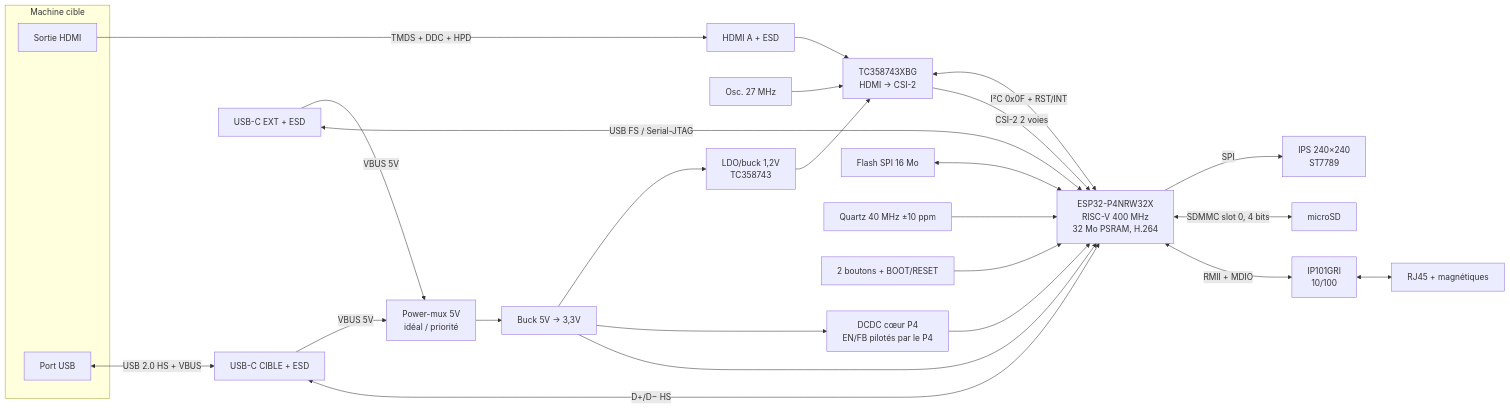
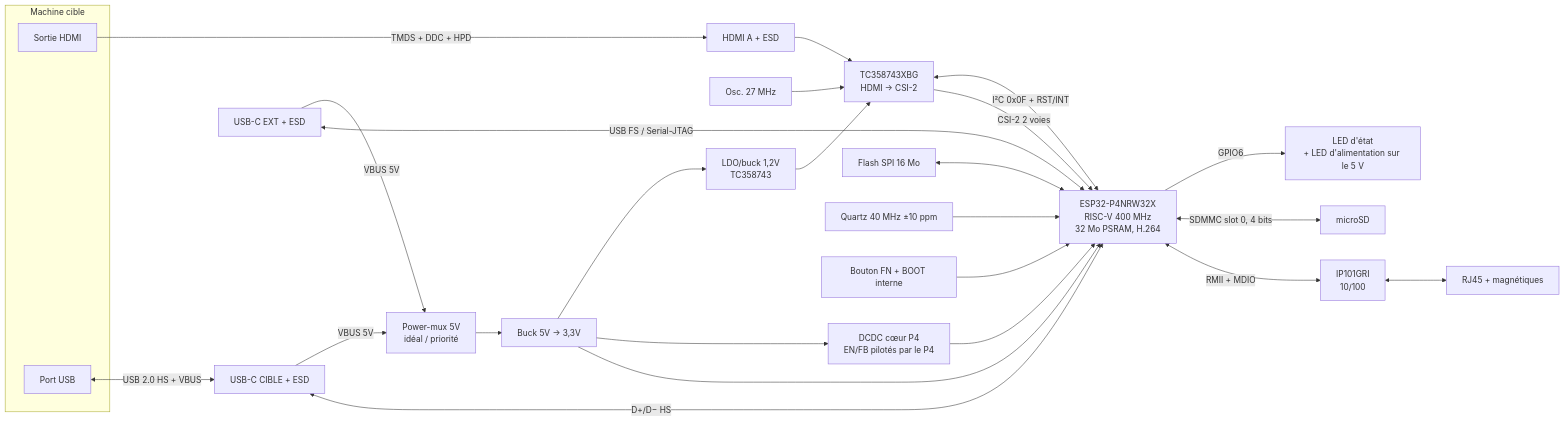
Before and after one commit to gigi74168/openKVM: the diagram in docs/03-cahier-des-charges.md, drawn with Mermaid. The commit also changed other lines of this file and 47 other files, not shown here.

First line of the commit message:
feat!: screenless redesign (no LCD, one button, power + status LEDs)

````diff
--- a/docs/03-cahier-des-charges.md
+++ b/docs/03-cahier-des-charges.md
@@ -100,37 +101,37 @@
 ```mermaid
 flowchart LR
   subgraph Cible["Machine cible"]
     HDMI_OUT[Sortie HDMI]
     USB_HOST[Port USB]
   end
 
   HDMI_OUT -->|TMDS + DDC + HPD| HDMI_IN[HDMI A + ESD]
   HDMI_IN --> TC[TC358743XBG<br/>HDMI → CSI-2]
   OSC[Osc. 27 MHz] --> TC
   TC -->|CSI-2 2 voies| P4
   TC <-->|I²C 0x0F + RST/INT| P4
 
   USB_HOST <-->|USB 2.0 HS + VBUS| USBC1[USB-C CIBLE + ESD]
   USBC1 <-->|D+/D− HS| P4
   USBC1 -->|VBUS 5V| PMUX
 
   EXT[USB-C EXT + ESD] <-->|USB FS / Serial-JTAG| P4
   EXT -->|VBUS 5V| PMUX
 
   PMUX[Power-mux 5V<br/>idéal / priorité] --> BUCK33[Buck 5V → 3,3V]
   BUCK33 --> P4
   BUCK33 --> DCDC_HP[DCDC cœur P4<br/>EN/FB pilotés par le P4]
   DCDC_HP --> P4
   BUCK33 --> LDO12[LDO/buck 1,2V<br/>TC358743]
   LDO12 --> TC
 
   P4[ESP32-P4NRW32X<br/>RISC-V 400 MHz<br/>32 Mo PSRAM, H.264]
   FLASH[Flash SPI 16 Mo] <--> P4
   XTAL[Quartz 40 MHz ±10 ppm] --> P4
 
   P4 <-->|RMII + MDIO| PHY[IP101GRI<br/>10/100]
   PHY <--> RJ45[RJ45 + magnétiques]
   P4 <-->|SDMMC slot 0, 4 bits| SD[microSD]
-  P4 -->|SPI| LCD[IPS 240×240<br/>ST7789]
-  BTN[2 boutons + BOOT/RESET] --> P4
+  P4 -->|GPIO6| LEDS[LED d'état<br/>+ LED d'alimentation sur le 5 V]
+  BTN[Bouton FN + BOOT interne] --> P4
 ```
````
